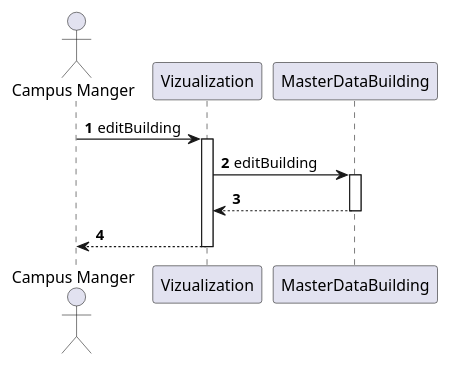
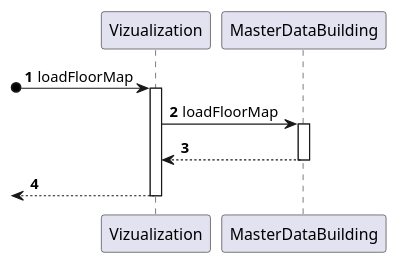
Before and after one commit to Pedro-Pereira1/sem5pi_23_24_g056: the diagram in docs/US_230/Diagrams/level2/ProcessLevel2.puml, drawn with PlantUML. The commit also changed 3 other files, not shown here.

Commit message:
Updated diagrams for US 230

```diff
--- a/docs/US_230/Diagrams/level2/ProcessLevel2.puml
+++ b/docs/US_230/Diagrams/level2/ProcessLevel2.puml
@@ -1,21 +1,20 @@
 @startuml processLevel1
 'https://plantuml.com/sequence-diagram
 
 autonumber
-actor "Campus Manger" as CM
 participant Vizualization
 participant MasterDataBuilding
 
-CM -> Vizualization : editBuilding
+?o->Vizualization : loadFloorMap
 activate Vizualization
 
-Vizualization -> MasterDataBuilding : editBuilding
+Vizualization -> MasterDataBuilding : loadFloorMap
 activate MasterDataBuilding
 
 MasterDataBuilding --> Vizualization
 deactivate MasterDataBuilding
 
-Vizualization --> CM
+<--Vizualization
 deactivate Vizualization
 
 @enduml
```
